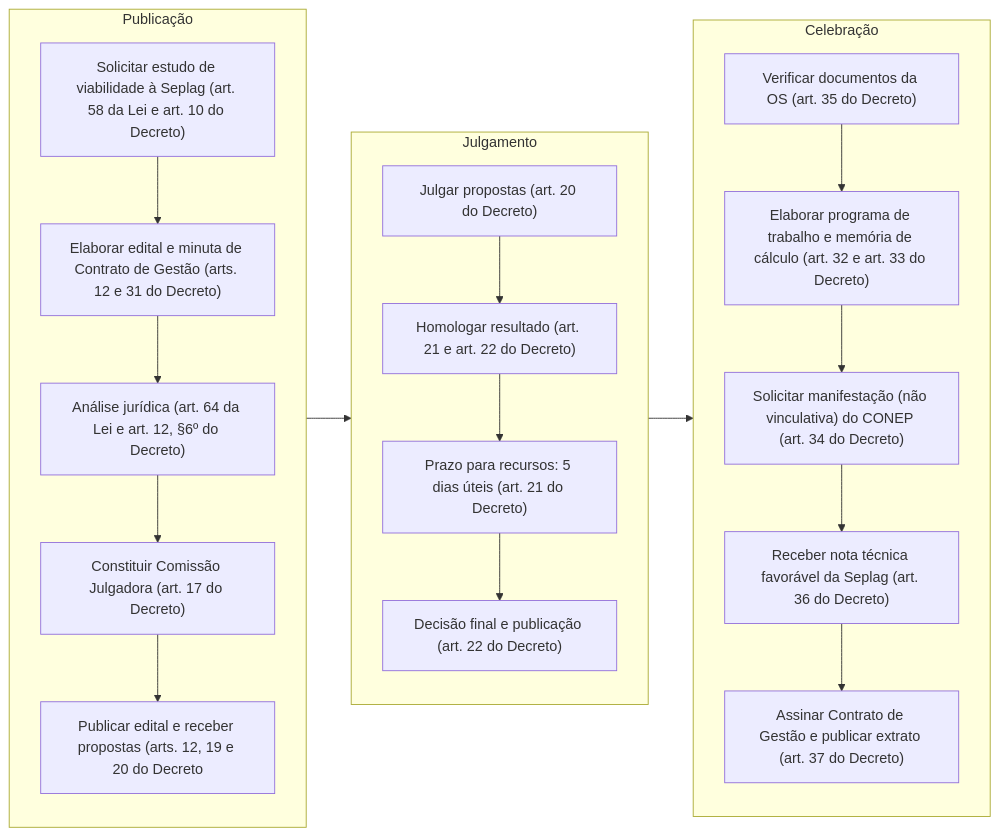
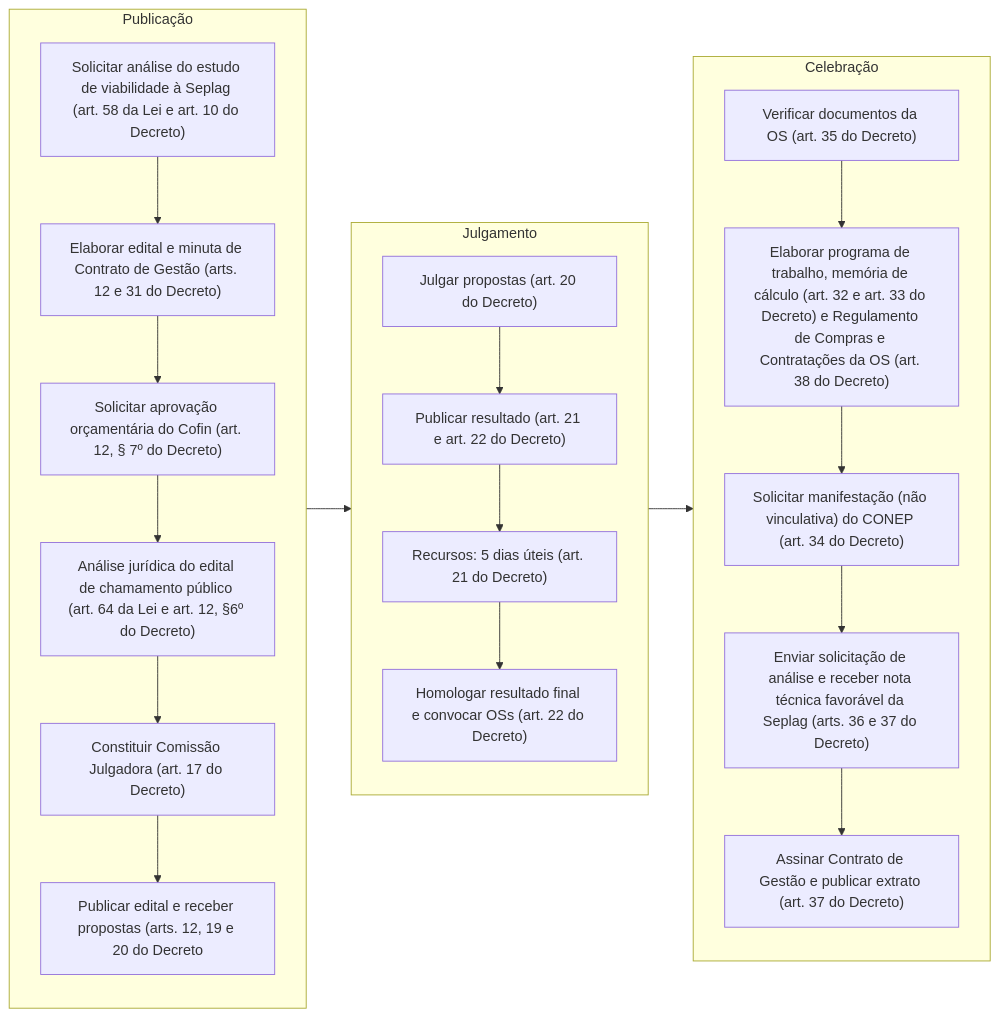
Before and after one commit to iepha-mg/manual.appi: the first of 3 diagrams in paginas/marcos_regulatorios/descentralizacao/OS/README.md, drawn with Mermaid. The commit also changed other lines of this file, not shown here.

```diff
--- a/paginas/marcos_regulatorios/descentralizacao/OS/README.md
+++ b/paginas/marcos_regulatorios/descentralizacao/OS/README.md
@@ -55,27 +66,29 @@
 <div class="mermaid">
 flowchart LR
     subgraph Publicação
-        A1["Solicitar estudo de viabilidade à Seplag (art. 58 da Lei e art. 10 do Decreto)"]
+        A1["Solicitar análise do estudo de viabilidade à Seplag (art. 58 da Lei e art. 10 do Decreto)"]
         A2["Elaborar edital e minuta de Contrato de Gestão (arts. 12 e 31 do Decreto)"]
-        A3["Análise jurídica (art. 64 da Lei e art. 12, §6º do Decreto)"]
-        A4["Constituir Comissão Julgadora (art. 17 do Decreto)"]
-        A5["Publicar edital e receber propostas (arts. 12, 19 e 20 do Decreto"]
-        A1 --> A2 --> A3 --> A4 --> A5
+        A3["Solicitar aprovação orçamentária do Cofin (art. 12, § 7º do Decreto)"]
+        A4["Análise jurídica do edital de chamamento público (art. 64 da Lei e art. 12, §6º do Decreto)"]
+        A5["Constituir Comissão Julgadora (art. 17 do Decreto)"]
+        A6["Publicar edital e receber propostas (arts. 12, 19 e 20 do Decreto"]
+        A1 --> A2 --> A3 --> A4 --> A5 --> A6
     end
     subgraph Julgamento
         B1["Julgar propostas (art. 20 do Decreto)"]
-        B2["Homologar resultado (art. 21 e art. 22 do Decreto)"]
-        B3["Prazo para recursos: 5 dias úteis (art. 21 do Decreto)"]
-        B4["Decisão final e publicação (art. 22 do Decreto)"]
+        B2["Publicar resultado (art. 21 e art. 22 do Decreto)"]
+        B3["Recursos: 5 dias úteis (art. 21 do Decreto)"]
+        B4["Homologar resultado final e convocar OSs (art. 22 do Decreto)"]
         B1 --> B2 --> B3 --> B4
     end
     subgraph Celebração
         C1["Verificar documentos da OS (art. 35 do Decreto)"]
-        C2["Elaborar programa de trabalho e memória de cálculo (art. 32 e art. 33 do Decreto)"]
+        C2["Elaborar programa de trabalho, memória de cálculo (art. 32 e art. 33 do Decreto) e Regulamento de Compras e Contratações da OS (art. 38 do Decreto)"]
         C3["Solicitar manifestação (não vinculativa) do CONEP (art. 34 do Decreto)"]
-        C4["Receber nota técnica favorável da Seplag (art. 36 do Decreto)"]
+        C4["Análise jurídica para celebração do Contrato de Gestão (art. 35, IX do Decreto)"]
+        C4["Enviar solicitação de análise e receber nota técnica favorável da Seplag (arts. 36 e 37 do Decreto)"]
         C5["Assinar Contrato de Gestão e publicar extrato (art. 37 do Decreto)"]
         C1 --> C2 --> C3 --> C4 --> C5
     end
     Publicação --> Julgamento --> Celebração
 </div>
```
